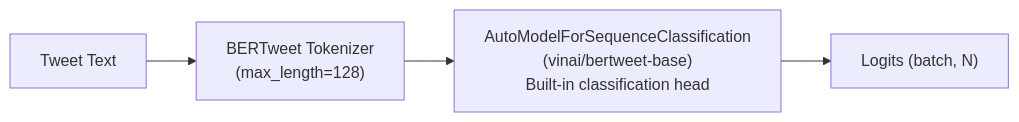
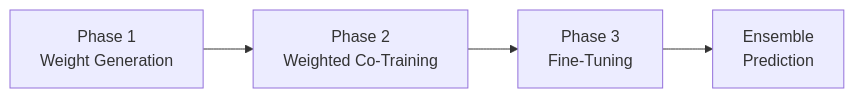
One commit to anhtranst/cotrain_crisisMMD changed the diagram in README.md. Above: the diagram before and after it, drawn with Mermaid. The commit also changed other lines of this file and 11 other files, not shown here.

````diff
--- a/README.md
+++ b/README.md
@@ -161,6 +52,6 @@
 ```mermaid
 graph LR
-    TEXT["Tweet Text"] --> TOK["BERTweet Tokenizer<br/>(max_length=128)"]
-    TOK --> BERT["AutoModelForSequenceClassification<br/>(vinai/bertweet-base)<br/>Built-in classification head"]
-    BERT --> LOGITS["Logits (batch, N)"]
+    P1["Phase 1<br/>Weight Generation"] --> P2["Phase 2<br/>Weighted Co-Training"]
+    P2 --> P3["Phase 3<br/>Fine-Tuning"]
+    P3 --> ENS["Ensemble<br/>Prediction"]
 ```
````
